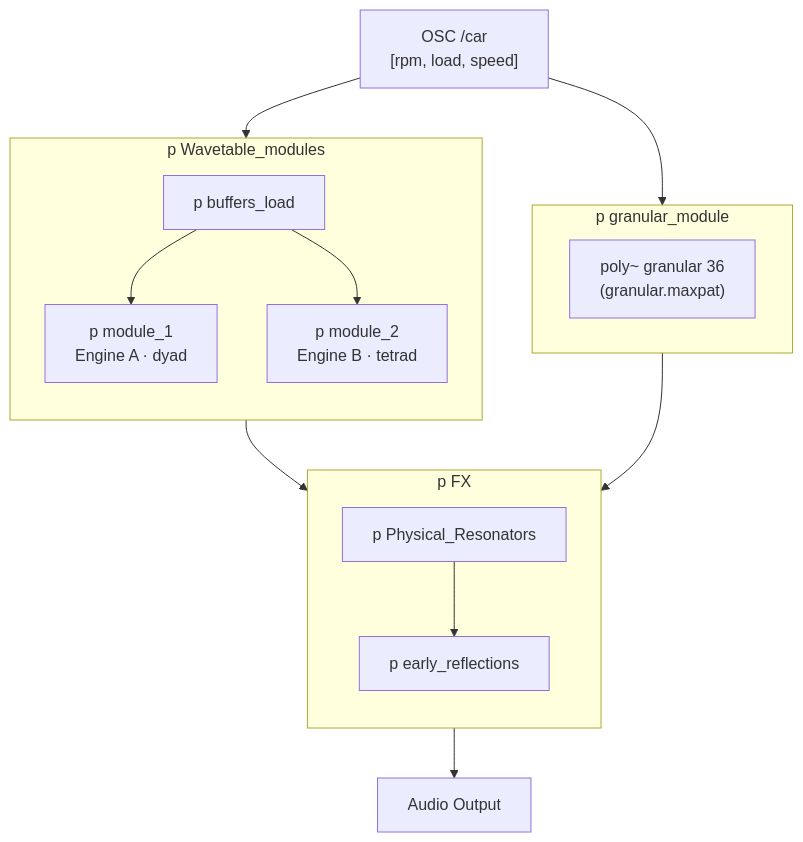
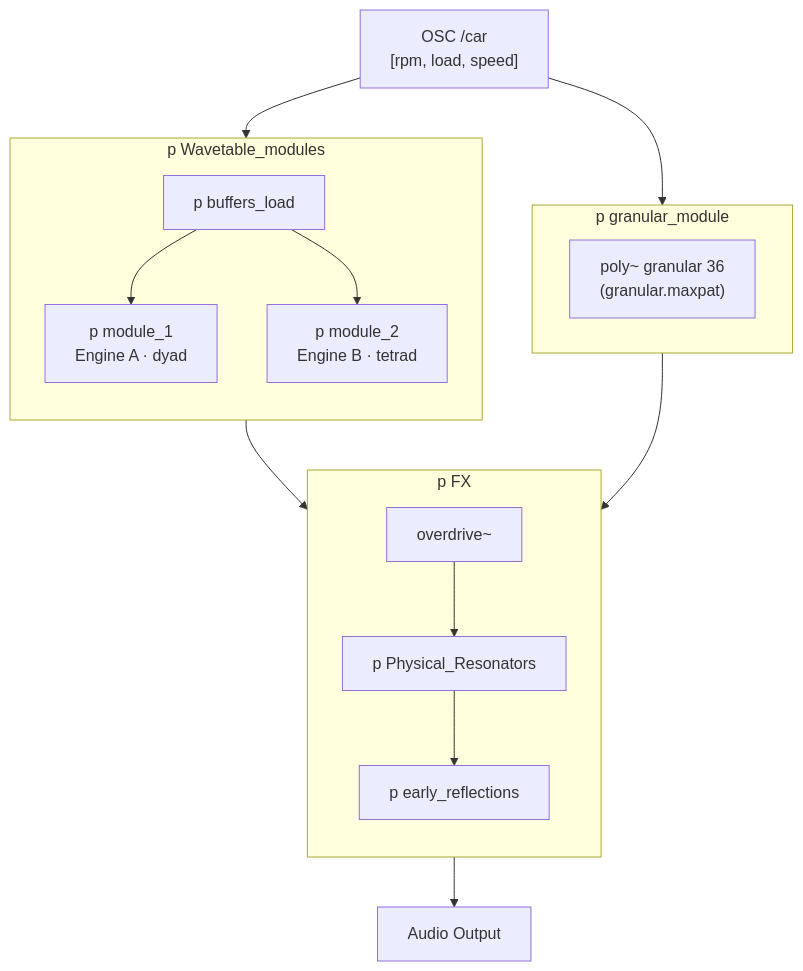
Before and after one commit to BitResonant/EV-engine-sound-sonification: the second of 2 diagrams in README.md, drawn with Mermaid. The commit also changed other lines of this file, not shown here.

````diff
--- a/README.md
+++ b/README.md
@@ -214,30 +222,32 @@
 ```mermaid
 flowchart TD
     OSC["OSC /car\n[rpm, load, speed]"]
 
     subgraph WT ["p Wavetable_modules"]
         direction TB
         BL["p buffers_load"]
         M1["p module_1\nEngine A · dyad"]
         M2["p module_2\nEngine B · tetrad"]
         BL --> M1
         BL --> M2
     end
 
     subgraph GR ["p granular_module"]
         POLY["poly~ granular 36\n(granular.maxpat)"]
     end
 
     subgraph FX ["p FX"]
         direction TB
+        OD["overdrive~"]
         RES["p Physical_Resonators"]
         ER["p early_reflections"]
+        OD --> RES
         RES --> ER
     end
 
     OSC --> WT
     OSC --> GR
     WT --> FX
     GR --> FX
     FX --> OUT["Audio Output"]
 ```
````
